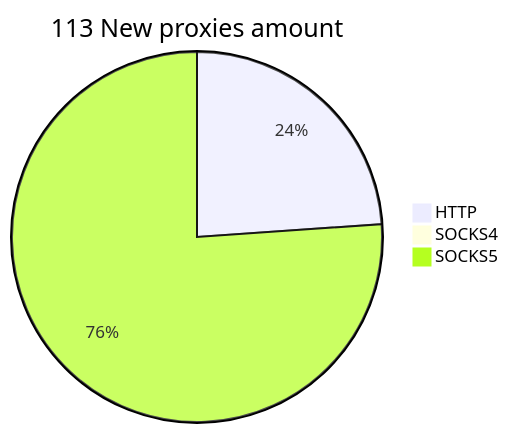
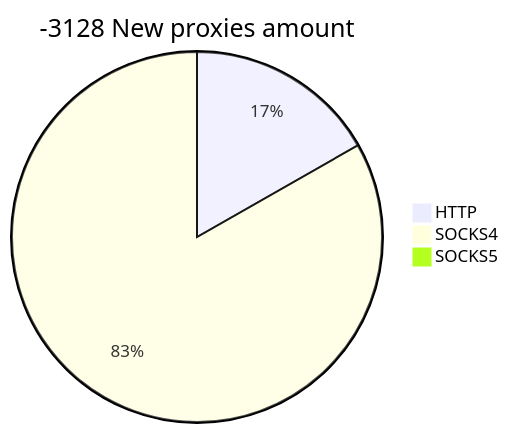
Before and after one commit to cutipu/proxylist: the second of 2 diagrams in README.md, drawn with Mermaid. The commit also changed other lines of this file, not shown here.

````diff
--- a/README.md
+++ b/README.md
@@ -10,6 +10,6 @@
 ```mermaid
-pie title 113 New proxies amount
-    "HTTP" : 27
-    "SOCKS4" : 0
-    "SOCKS5" : 86
+pie title -3128 New proxies amount
+    "HTTP" : 150
+    "SOCKS4" : 745
+    "SOCKS5" : 0
 ```
````
